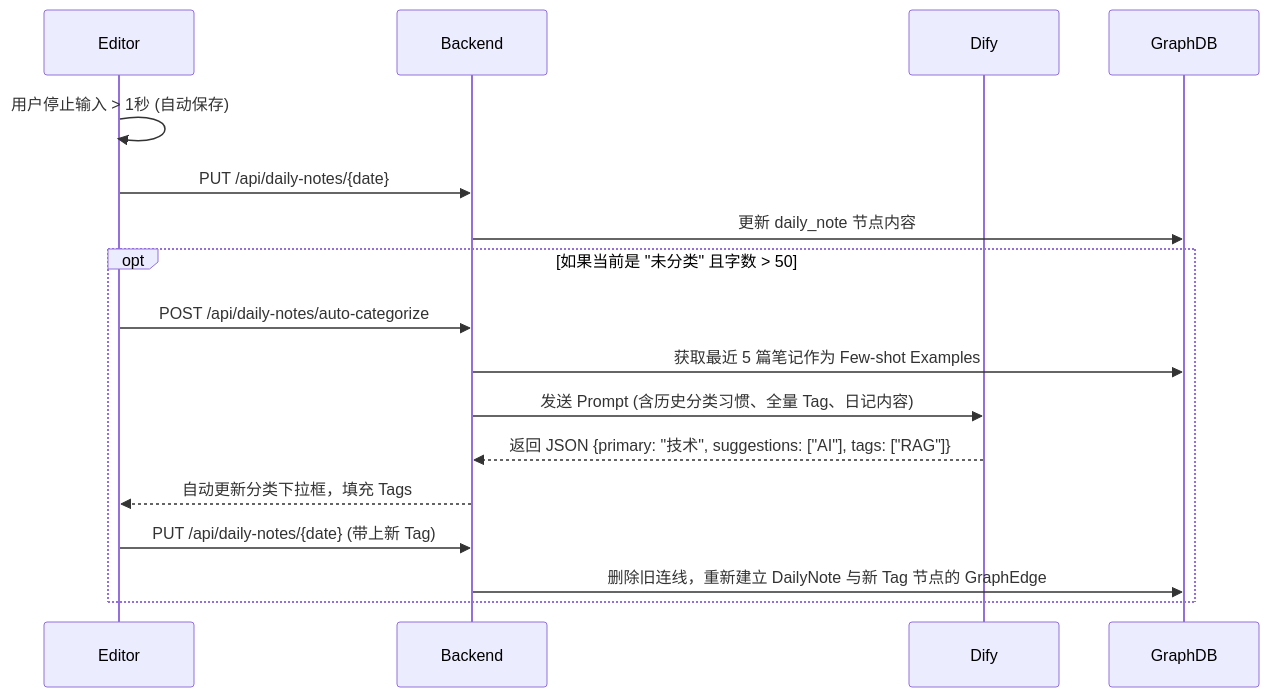
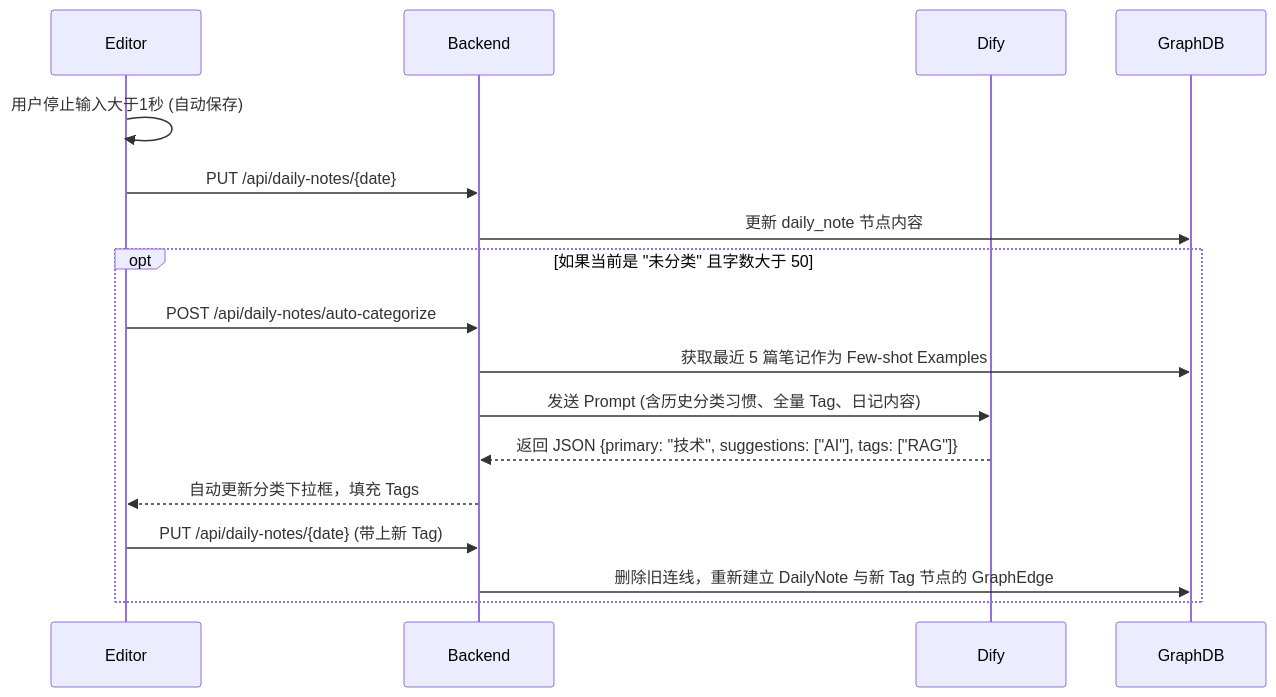
One commit to lisongjianustc/InsightGraph changed the third of 7 diagrams in Project_Documentation.md. Above: the diagram before and after it, drawn with Mermaid. The commit also changed other lines of this file, not shown here.

Commit message:
docs: fix mermaid syntax errors across all diagrams and enrich documentation with detailed tech stack descriptions and a comprehensive glossary of terms

````diff
--- a/Project_Documentation.md
+++ b/Project_Documentation.md
@@ -144,21 +144,21 @@
 ```mermaid
 sequenceDiagram
     participant Editor
     participant Backend
     participant Dify
     participant GraphDB
 
-    Editor->>Editor: 用户停止输入 > 1秒 (自动保存)
+    Editor->>Editor: 用户停止输入大于1秒 (自动保存)
     Editor->>Backend: PUT /api/daily-notes/{date}
     Backend->>GraphDB: 更新 daily_note 节点内容
     
-    opt 如果当前是 "未分类" 且字数 > 50
+    opt 如果当前是 "未分类" 且字数大于 50
         Editor->>Backend: POST /api/daily-notes/auto-categorize
         Backend->>GraphDB: 获取最近 5 篇笔记作为 Few-shot Examples
         Backend->>Dify: 发送 Prompt (含历史分类习惯、全量 Tag、日记内容)
         Dify-->>Backend: 返回 JSON {primary: "技术", suggestions: ["AI"], tags: ["RAG"]}
         Backend-->>Editor: 自动更新分类下拉框，填充 Tags
         Editor->>Backend: PUT /api/daily-notes/{date} (带上新 Tag)
         Backend->>GraphDB: 删除旧连线，重新建立 DailyNote 与新 Tag 节点的 GraphEdge
     end
 ```
````
